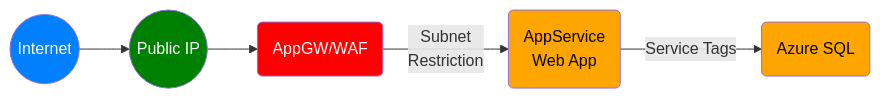
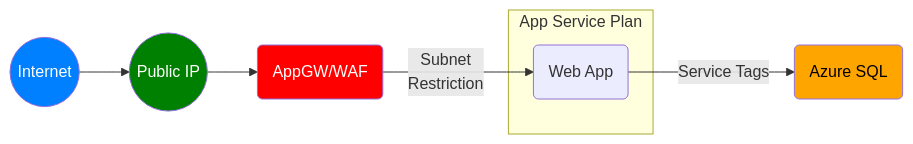
One commit to msalemor/app-services-networking changed the third of 7 diagrams in README.md. Above: the diagram before and after it, drawn with Mermaid. The commit also changed other lines of this file, not shown here.

````diff
--- a/README.md
+++ b/README.md
@@ -91,15 +94,18 @@
 ```mermaid
 graph LR;
     A((Internet))-->B((Public IP));
     B-->C(AppGW/WAF);
-    C--Subnet<br/>Restriction-->D(AppService<br/>Web App);
-    D-- Service Tags -->E(Azure SQL);
+    C--Subnet<br/>Restriction-->a1;
+    subgraph "App Service Plan"
+    a1(Web App)
+    end
+    a1-- Service Tags -->E(Azure SQL);
     classDef internet fill:#007FFF,color:white;
     classDef unsafe fill:green,color:white;
     classDef semisafe fill:orange,color:black;
     classDef safe fill:red,color:white;
     class A internet;
     class B unsafe;
     class C safe;
     class E,D semisafe;
 ```
````
